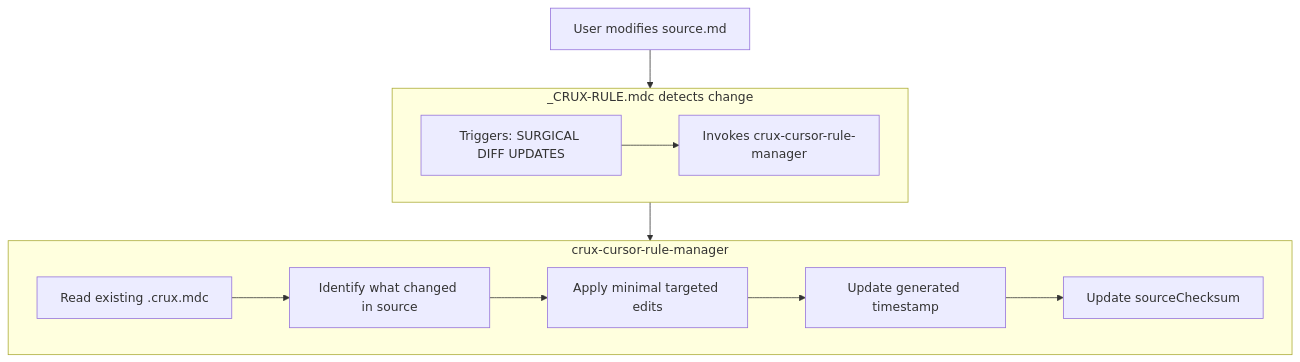
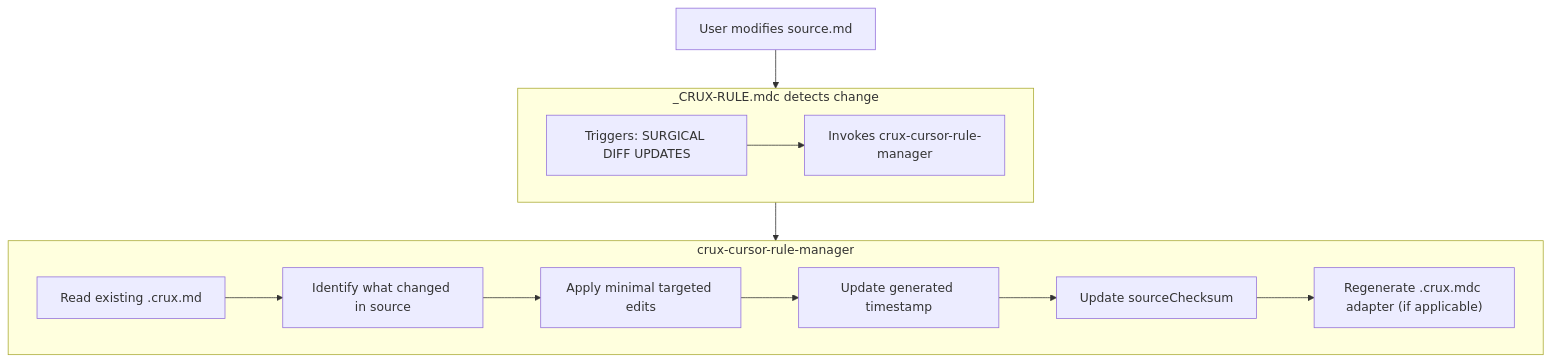
The fourth of 4 diagrams in README.md (zotoio/CRUX-Compress), drawn with Mermaid before and after one commit. The commit also changed other lines of this file and 44 other files, not shown here.

````diff
--- a/README.md
+++ b/README.md
@@ -604,23 +630,24 @@
 ```mermaid
 flowchart TD
     START["User modifies source.md"]
     
     subgraph RULE["_CRUX-RULE.mdc detects change"]
         R1["Triggers: SURGICAL DIFF UPDATES"]
         R2["Invokes crux-cursor-rule-manager"]
         R1 --> R2
     end
     
     subgraph MANAGER["crux-cursor-rule-manager"]
-        M1["Read existing .crux.mdc"]
+        M1["Read existing .crux.md"]
         M2["Identify what changed in source"]
         M3["Apply minimal targeted edits"]
         M4["Update generated timestamp"]
         M5["Update sourceChecksum"]
+        M6["Regenerate .crux.mdc adapter (if applicable)"]
         
-        M1 --> M2 --> M3 --> M4 --> M5
+        M1 --> M2 --> M3 --> M4 --> M5 --> M6
     end
     
     START --> RULE
     RULE --> MANAGER
 ```
````
